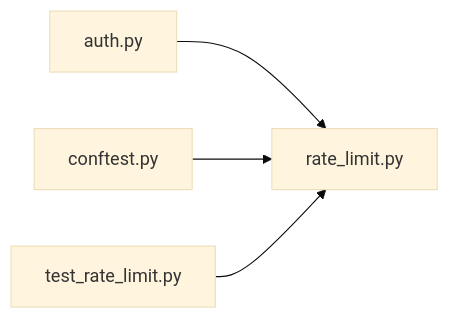
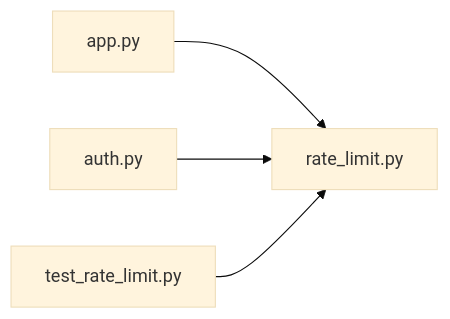
Before and after one commit to minkong-dev/Banblit: the diagram in .cluedoc/graph/backend/src/backend/api/rate_limit.md, drawn with Mermaid (base theme). The commit also changed other lines of this file and 35 other files, not shown here.

First line of the commit message:
backend: bound DB waits, solver threads and job health, and own runtime state in app

````diff
--- a/.cluedoc/graph/backend/src/backend/api/rate_limit.md
+++ b/.cluedoc/graph/backend/src/backend/api/rate_limit.md
@@ -10,7 +10,7 @@
 ```mermaid
 flowchart LR
   backend_src_backend_api_rate_limit["rate_limit.py"]
+  backend_src_backend_api_app["app.py"] --> backend_src_backend_api_rate_limit
   backend_src_backend_api_routers_auth["auth.py"] --> backend_src_backend_api_rate_limit
-  backend_tests_conftest["conftest.py"] --> backend_src_backend_api_rate_limit
   backend_tests_unit_test_rate_limit["test_rate_limit.py"] --> backend_src_backend_api_rate_limit
 ```
````
